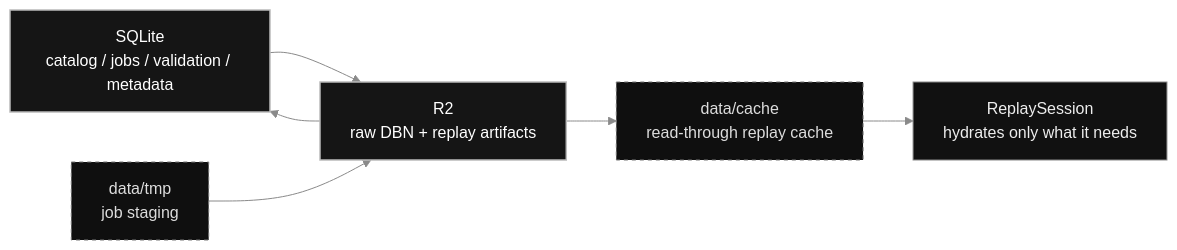
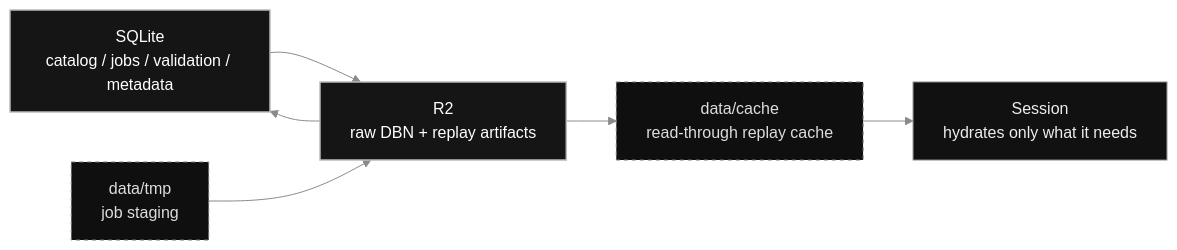
One commit to epicchetan/ledger changed the third of 3 diagrams in README.md. Above: the diagram before and after it, drawn with Mermaid. The commit also changed other lines of this file and 27 other files, not shown here.

````diff
--- a/README.md
+++ b/README.md
@@ -268,19 +270,19 @@
 ```mermaid
 %%{init: {"theme": "base", "themeVariables": {"background": "transparent", "primaryColor": "#111111", "primaryTextColor": "#e7e7e7", "primaryBorderColor": "#777777", "lineColor": "#8a8a8a", "secondaryColor": "#171717", "tertiaryColor": "#0d0d0d", "fontFamily": "ui-monospace, SFMono-Regular, Menlo, Consolas, monospace"}}}%%
 flowchart LR
   classDef durable fill:#151515,stroke:#bbbbbb,color:#fff,stroke-width:1.5px;
   classDef temp fill:#0f0f0f,stroke:#777,color:#ddd,stroke-dasharray:4 4;
   classDef runtime fill:#111111,stroke:#888,color:#eee;
 
   SQLite["SQLite<br/>catalog / jobs / validation / metadata"]:::durable
   R2["R2<br/>raw DBN + replay artifacts"]:::durable
   Tmp["data/tmp<br/>job staging"]:::temp
   Cache["data/cache<br/>read-through replay cache"]:::temp
-  Session["ReplaySession<br/>hydrates only what it needs"]:::runtime
+  Session["Session<br/>hydrates only what it needs"]:::runtime
 
   SQLite --> R2
   R2 --> SQLite
   Tmp --> R2
   R2 --> Cache
   Cache --> Session
 ```
````
